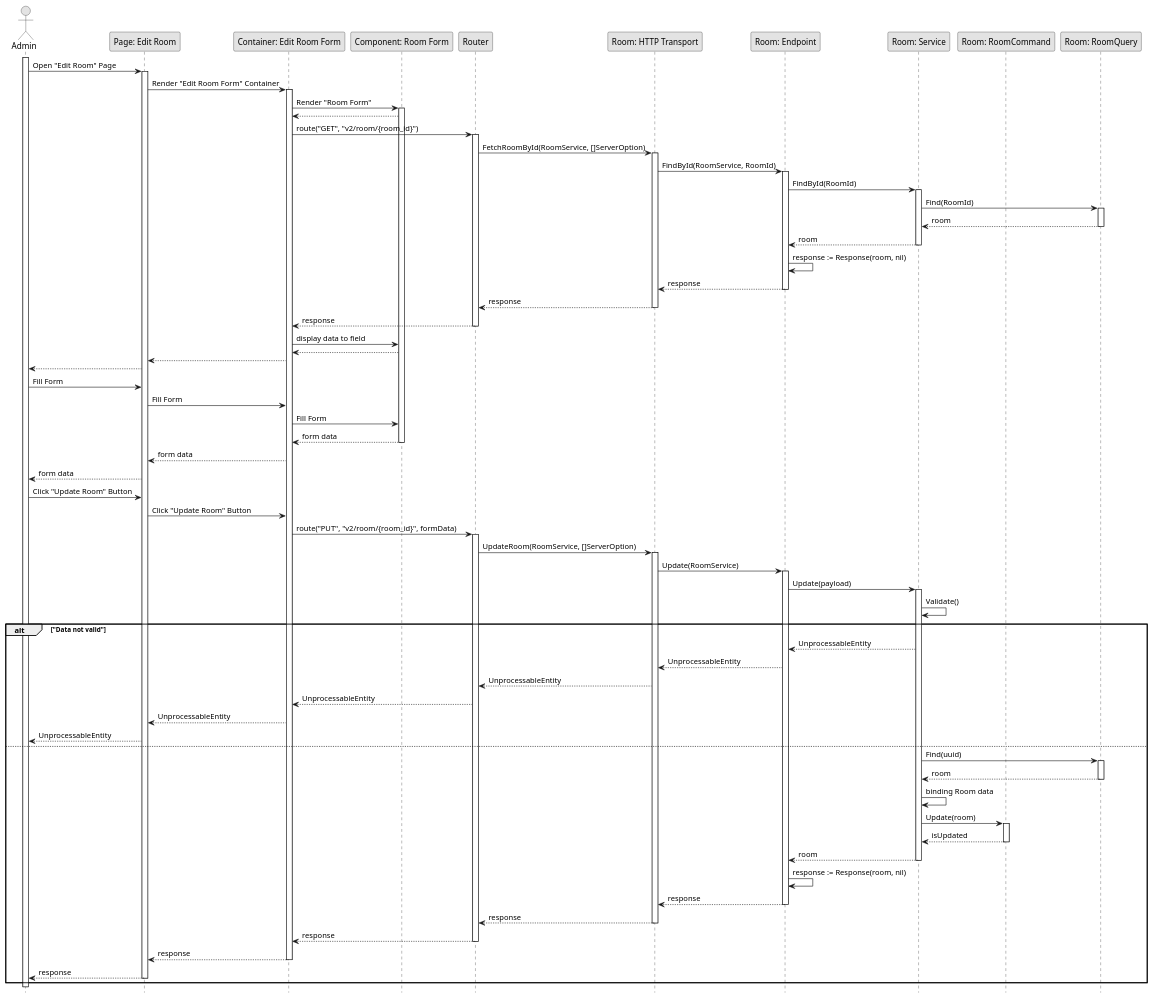
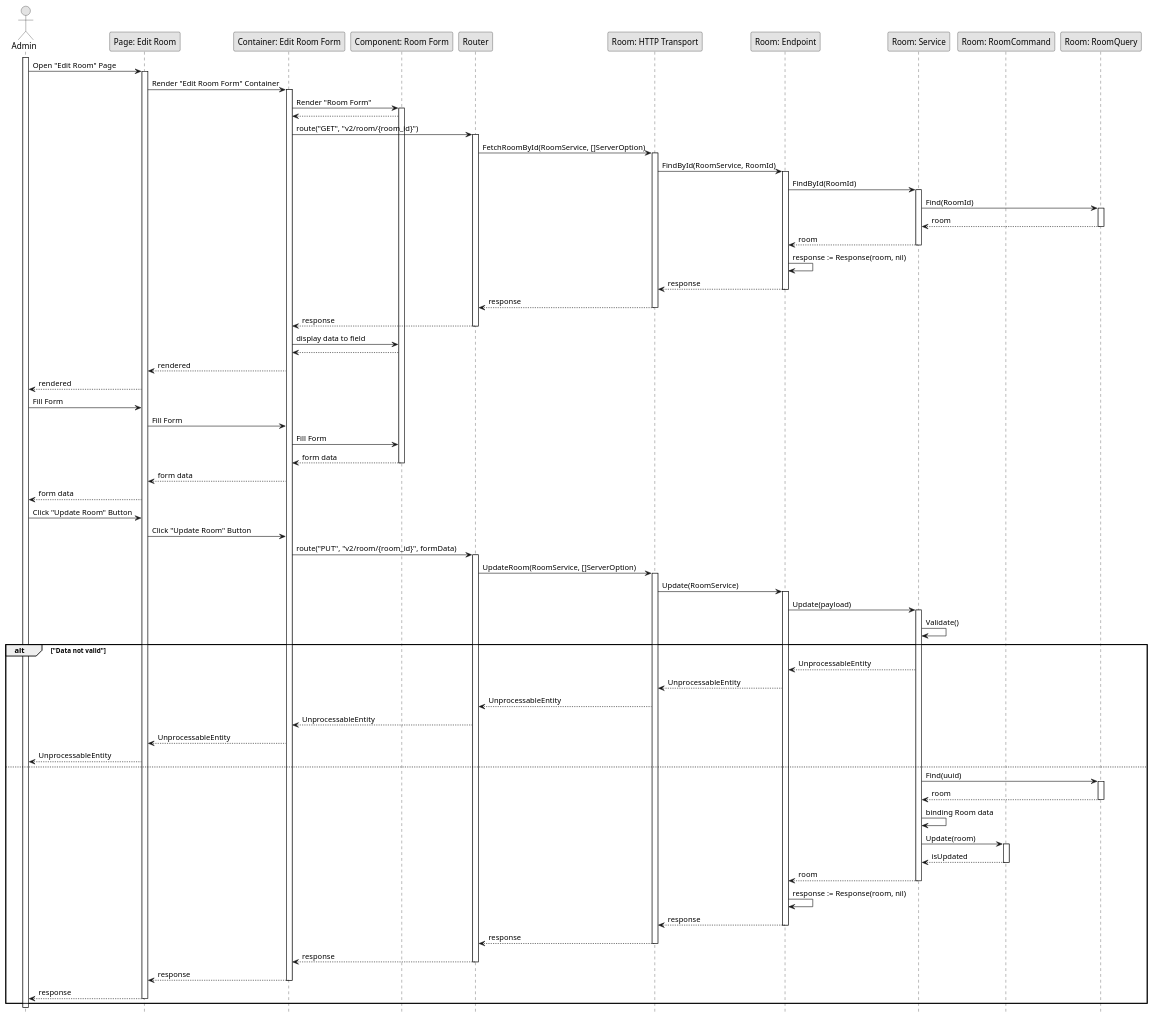
Before and after one commit to fwidjaya20/fazzlearning-uml: the diagram in Sequence/Release02/UpdateRoom.wsd, drawn with PlantUML. The commit also changed 26 other files, not shown here.

Commit message:
fix(sequence): adding return wording

```diff
--- a/Sequence/Release02/UpdateRoom.wsd
+++ b/Sequence/Release02/UpdateRoom.wsd
@@ -1,107 +1,107 @@
 @startuml UpdateRoom
 
 skinparam Monochrome true
 skinparam Shadowing false
 hide footbox
 
 actor Admin
 participant "Page: Edit Room" as EditRoomPage
 participant "Container: Edit Room Form" as EditRoomFormContainer
 participant "Component: Room Form" as RoomForm
 participant "Router" as Router
 participant "Room: HTTP Transport" as RoomHTTPTransport
 participant "Room: Endpoint" as RoomEndpoint
 participant "Room: Service" as RoomService
 participant "Room: RoomCommand" as RoomCommand
 participant "Room: RoomQuery" as RoomQuery
 
 activate Admin
 
 Admin->EditRoomPage: Open "Edit Room" Page
 activate EditRoomPage
 EditRoomPage->EditRoomFormContainer: Render "Edit Room Form" Container
 activate EditRoomFormContainer
 EditRoomFormContainer->RoomForm: Render "Room Form"
 activate RoomForm
 RoomForm-->EditRoomFormContainer
 EditRoomFormContainer->Router: route("GET", "v2/room/{room_id}")
 activate Router
 Router->RoomHTTPTransport: FetchRoomById(RoomService, []ServerOption)
 activate RoomHTTPTransport
 RoomHTTPTransport->RoomEndpoint: FindById(RoomService, RoomId)
 activate RoomEndpoint
 RoomEndpoint->RoomService: FindById(RoomId)
 activate RoomService
 RoomService->RoomQuery: Find(RoomId)
 activate RoomQuery
 RoomQuery-->RoomService: room
 deactivate RoomQuery
 RoomService-->RoomEndpoint: room
 deactivate RoomService
 RoomEndpoint->RoomEndpoint: response := Response(room, nil)
 RoomEndpoint-->RoomHTTPTransport: response
 deactivate RoomEndpoint
 RoomHTTPTransport-->Router: response
 deactivate RoomHTTPTransport
 Router-->EditRoomFormContainer: response
 deactivate Router
 EditRoomFormContainer->RoomForm: display data to field
 RoomForm-->EditRoomFormContainer
-EditRoomFormContainer-->EditRoomPage
-EditRoomPage-->Admin
+EditRoomFormContainer-->EditRoomPage: rendered
+EditRoomPage-->Admin: rendered
 
 Admin->EditRoomPage: Fill Form
 EditRoomPage->EditRoomFormContainer: Fill Form
 EditRoomFormContainer->RoomForm: Fill Form
 RoomForm-->EditRoomFormContainer: form data
 deactivate RoomForm
 EditRoomFormContainer-->EditRoomPage: form data
 EditRoomPage-->Admin: form data
 
 Admin->EditRoomPage: Click "Update Room" Button
 EditRoomPage->EditRoomFormContainer: Click "Update Room" Button
 EditRoomFormContainer->Router: route("PUT", "v2/room/{room_id}", formData)
 activate Router
 Router->RoomHTTPTransport: UpdateRoom(RoomService, []ServerOption)
 activate RoomHTTPTransport
 RoomHTTPTransport->RoomEndpoint: Update(RoomService)
 activate RoomEndpoint
 RoomEndpoint->RoomService: Update(payload)
 activate RoomService
 RoomService->RoomService: Validate()
 
 alt "Data not valid"
     RoomService-->RoomEndpoint: UnprocessableEntity
     RoomEndpoint-->RoomHTTPTransport: UnprocessableEntity
     RoomHTTPTransport-->Router: UnprocessableEntity
     Router-->EditRoomFormContainer: UnprocessableEntity
     EditRoomFormContainer-->EditRoomPage: UnprocessableEntity
     EditRoomPage-->Admin: UnprocessableEntity
 else
     RoomService->RoomQuery: Find(uuid)
     activate RoomQuery
     RoomQuery-->RoomService: room
     deactivate RoomQuery
     RoomService->RoomService: binding Room data
     RoomService->RoomCommand: Update(room)
     activate RoomCommand
     RoomCommand-->RoomService: isUpdated
     deactivate RoomCommand
     RoomService-->RoomEndpoint: room
     deactivate RoomService
     RoomEndpoint->RoomEndpoint: response := Response(room, nil)
     RoomEndpoint-->RoomHTTPTransport: response
     deactivate RoomEndpoint
     RoomHTTPTransport-->Router: response
     deactivate RoomHTTPTransport
     Router-->EditRoomFormContainer: response
     deactivate Router
     EditRoomFormContainer-->EditRoomPage: response
     deactivate EditRoomFormContainer
     EditRoomPage-->Admin: response
     deactivate EditRoomPage
 end
 
 deactivate Admin
 
 @enduml
```
